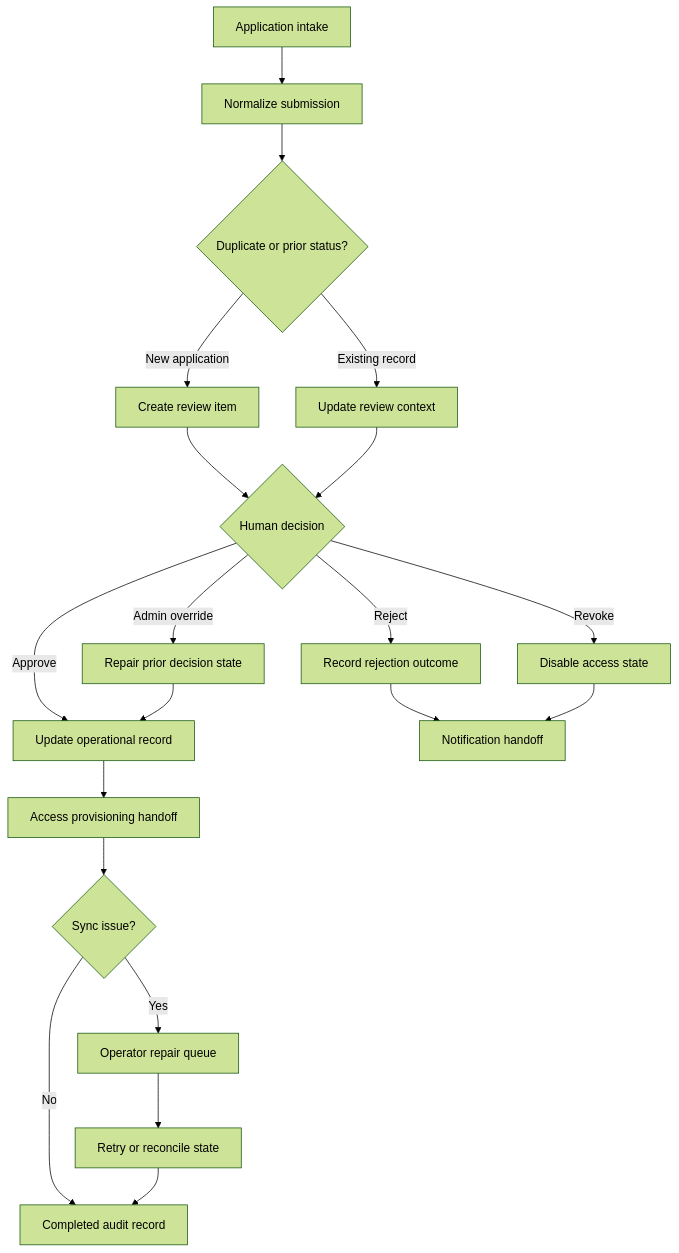
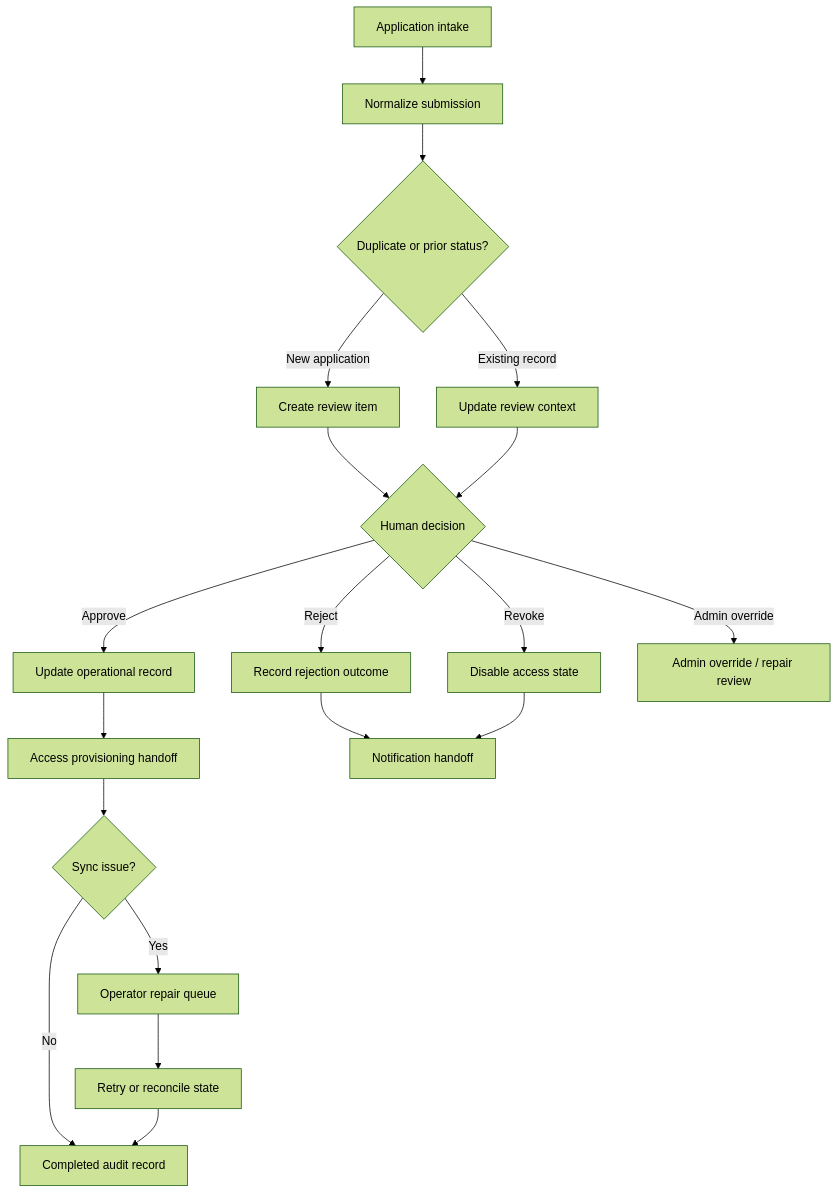
The diagram in 01-member-onboarding-automation/README.md (kingdomledger/AI_Growth_Systems_Design_Patterns), drawn with Mermaid (forest theme) before and after one commit. The commit also changed other lines of this file, not shown here.

Commit message:
Align onboarding README with admin repair flow

````diff
--- a/01-member-onboarding-automation/README.md
+++ b/01-member-onboarding-automation/README.md
@@ -13,22 +13,21 @@
 ```mermaid
 flowchart TD
   A[Application intake] --> B[Normalize submission]
   B --> C{Duplicate or prior status?}
   C -- New application --> D[Create review item]
   C -- Existing record --> E[Update review context]
   D --> F{Human decision}
   E --> F
   F -- Approve --> G[Update operational record]
   F -- Reject --> H[Record rejection outcome]
   F -- Revoke --> I[Disable access state]
-  F -- Admin override --> J[Repair prior decision state]
+  F -- Admin override --> J[Admin override / repair review]
   G --> K[Access provisioning handoff]
   H --> L[Notification handoff]
   I --> L
-  J --> G
   K --> M{Sync issue?}
   M -- Yes --> N[Operator repair queue]
   M -- No --> O[Completed audit record]
   N --> P[Retry or reconcile state]
   P --> O
 ```
````
